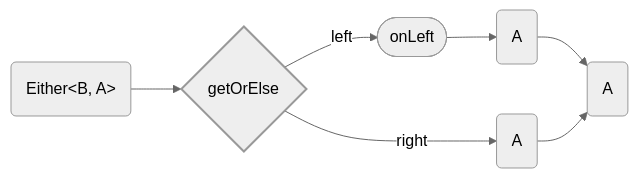
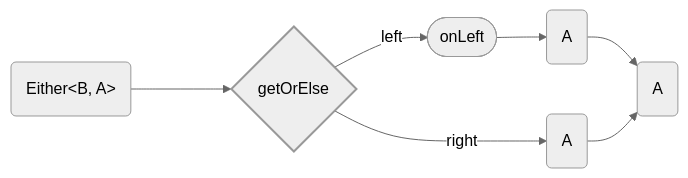
Before and after one commit to adamjosefus/fp-ts-examples: the eighth of 9 diagrams in Either.md, drawn with Mermaid (neutral theme). The commit also changed other lines of this file, not shown here.

````diff
--- a/Either.md
+++ b/Either.md
@@ -318,18 +407,18 @@
 ```mermaid
 flowchart LR
     style getOrElse stroke-width: 2px
 
     input("Either<<span>B, A</span>>")
     getOrElse{ getOrElse }
     onLeft([ onLeft ])
     leftOutput( A )
     rightOutput( A )
     output( A )
 
-    input --> getOrElse
+    input ---> getOrElse
     getOrElse --> | left | onLeft
     getOrElse --> | right | rightOutput
     onLeft --> leftOutput
     leftOutput --> output
     rightOutput --> output
 ```
````
